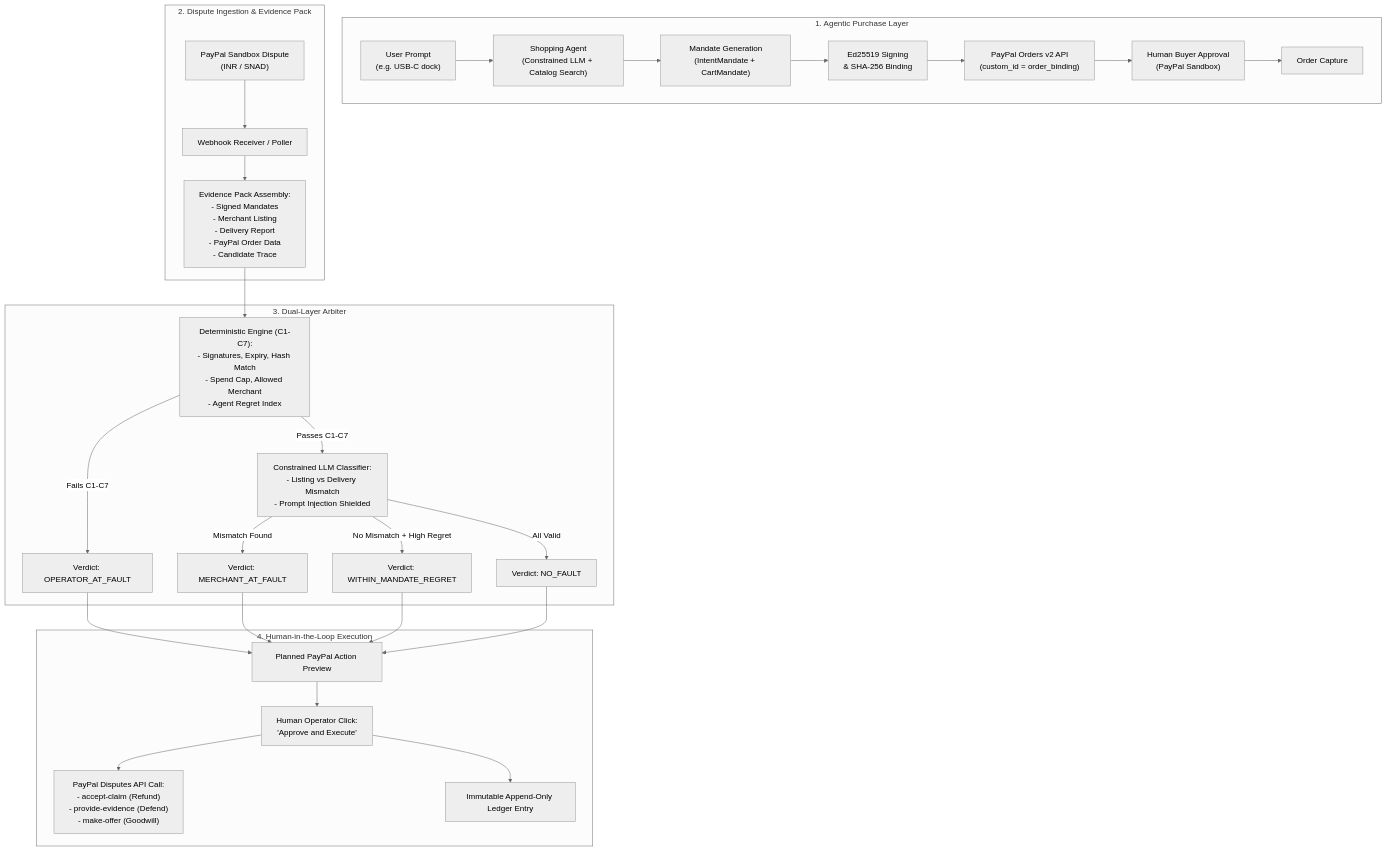
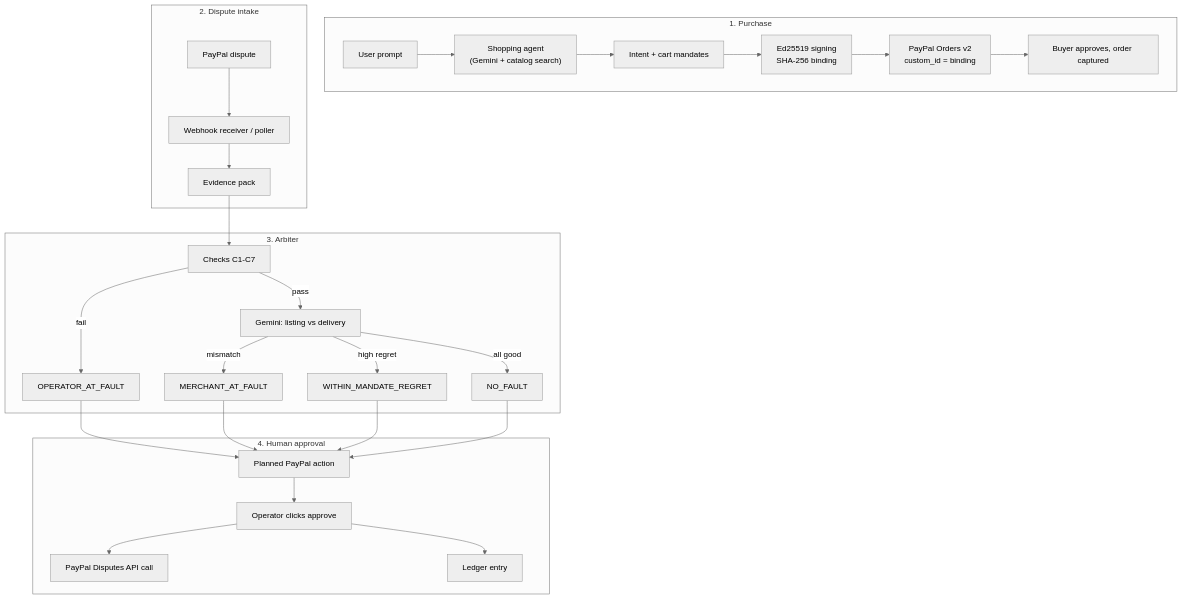
One commit to Rkaaaa404/agentcourt changed the diagram in README.md. Above: the diagram before and after it, drawn with Mermaid (neutral theme). The commit also changed other lines of this file and 4 other files, not shown here.

````diff
--- a/README.md
+++ b/README.md
@@ -50,35 +79,31 @@
 ```mermaid
 flowchart TD
-    subgraph Agentic_Purchase["1. Agentic Purchase Layer"]
-        U["User Prompt\n(e.g. USB-C dock)"] --> A["Shopping Agent\n(Constrained LLM + Catalog Search)"]
-        A --> M["Mandate Generation\n(IntentMandate + CartMandate)"]
-        M --> S["Ed25519 Signing\n& SHA-256 Binding"]
-        S --> PO["PayPal Orders v2 API\n(custom_id = order_binding)"]
-        PO --> BA["Human Buyer Approval\n(PayPal Sandbox)"]
-        BA --> PC["Order Capture"]
+    subgraph Purchase["1. Purchase"]
+        U["User prompt"] --> A["Shopping agent<br/>(Gemini + catalog search)"]
+        A --> M["Intent + cart mandates"]
+        M --> S["Ed25519 signing<br/>SHA-256 binding"]
+        S --> PO["PayPal Orders v2<br/>custom_id = binding"]
+        PO --> PC["Buyer approves, order captured"]
     end
 
-    subgraph Dispute_Ingestion["2. Dispute Ingestion & Evidence Pack"]
-        D["PayPal Sandbox Dispute\n(INR / SNAD)"] --> WH["Webhook Receiver / Poller"]
-        WH --> EP["Evidence Pack Assembly:\n- Signed Mandates\n- Merchant Listing\n- Delivery Report\n- PayPal Order Data\n- Candidate Trace"]
+    subgraph Ingest["2. Dispute intake"]
+        D["PayPal dispute"] --> WH["Webhook receiver / poller"]
+        WH --> EP["Evidence pack"]
     end
 
-    subgraph Arbiter_Engine["3. Dual-Layer Arbiter"]
-        EP --> DET["Deterministic Engine (C1-C7):\n- Signatures, Expiry, Hash Match\n- Spend Cap, Allowed Merchant\n- Agent Regret Index"]
-        DET -->|Passes C1-C7| LLM["Constrained LLM Classifier:\n- Listing vs Delivery Mismatch\n- Prompt Injection Shielded"]
-        DET -->|Fails C1-C7| OP["Verdict: OPERATOR_AT_FAULT"]
-        LLM -->|Mismatch Found| MF["Verdict: MERCHANT_AT_FAULT"]
-        LLM -->|No Mismatch + High Regret| RG["Verdict: WITHIN_MANDATE_REGRET"]
-        LLM -->|All Valid| NF["Verdict: NO_FAULT"]
+    subgraph Arbiter["3. Arbiter"]
+        EP --> DET["Checks C1-C7"]
+        DET -->|fail| OP["OPERATOR_AT_FAULT"]
+        DET -->|pass| LLM["Gemini: listing vs delivery"]
+        LLM -->|mismatch| MF["MERCHANT_AT_FAULT"]
+        LLM -->|high regret| RG["WITHIN_MANDATE_REGRET"]
+        LLM -->|all good| NF["NO_FAULT"]
     end
 
-    subgraph Resolution["4. Human-in-the-Loop Execution"]
-        OP --> EX["Planned PayPal Action Preview"]
-        MF --> EX
-        RG --> EX
-        NF --> EX
-        EX --> HA["Human Operator Click:\n'Approve and Execute'"]
-        HA --> PP["PayPal Disputes API Call:\n- accept-claim (Refund)\n- provide-evidence (Defend)\n- make-offer (Goodwill)"]
-        HA --> LG["Immutable Append-Only Ledger Entry"]
+    subgraph Act["4. Human approval"]
+        OP & MF & RG & NF --> EX["Planned PayPal action"]
+        EX --> HA["Operator clicks approve"]
+        HA --> PP["PayPal Disputes API call"]
+        HA --> LG["Ledger entry"]
     end
 ```
````
